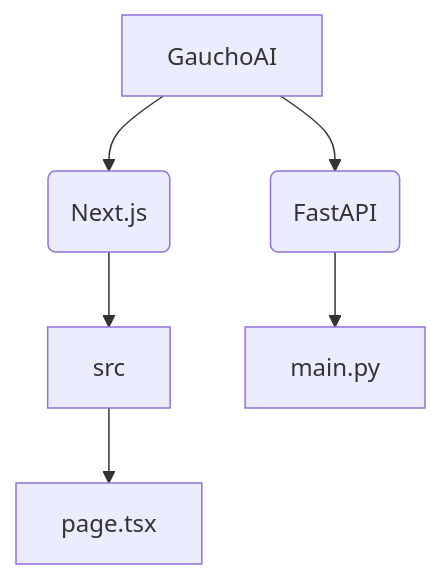
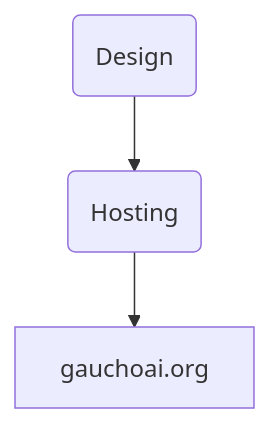
The first of 2 diagrams in README.md (acm-industry/acm.indsutry-Website), drawn with Mermaid before and after one commit. The commit also changed other lines of this file, not shown here.

````diff
--- a/README.md
+++ b/README.md
@@ -14,7 +7,5 @@
 ```mermaid
 graph TD;
-    GauchoAI-->frontend(Next.js);
-    GauchoAI-->backend(FastAPI);
-    frontend(Next.js)-->src-->page.tsx;
-    backend(FastAPI)-->main.py;
+    Webflow(Design)-->GitHub(Hosting);
+    GitHub(Hosting)-->gauchoai.org;
 ```
````
